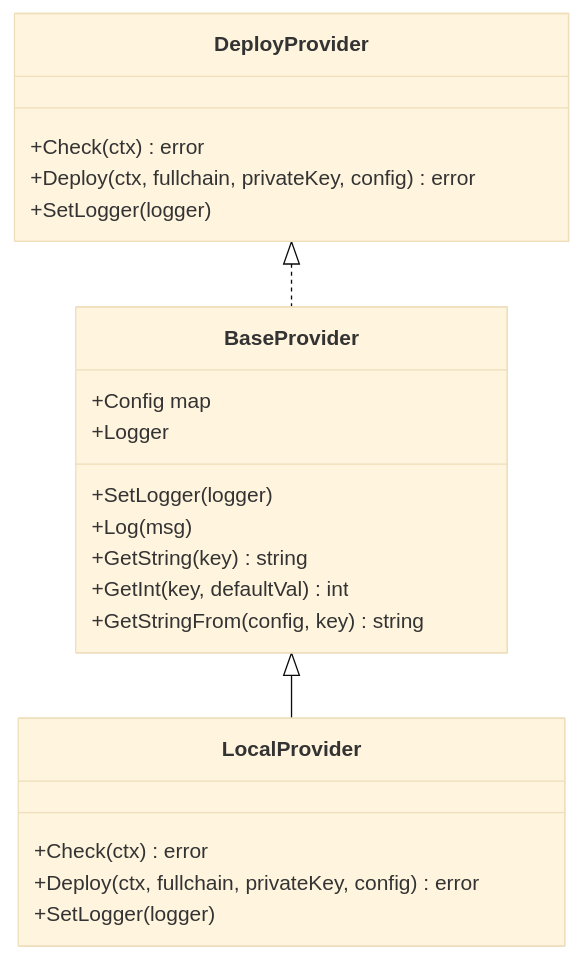
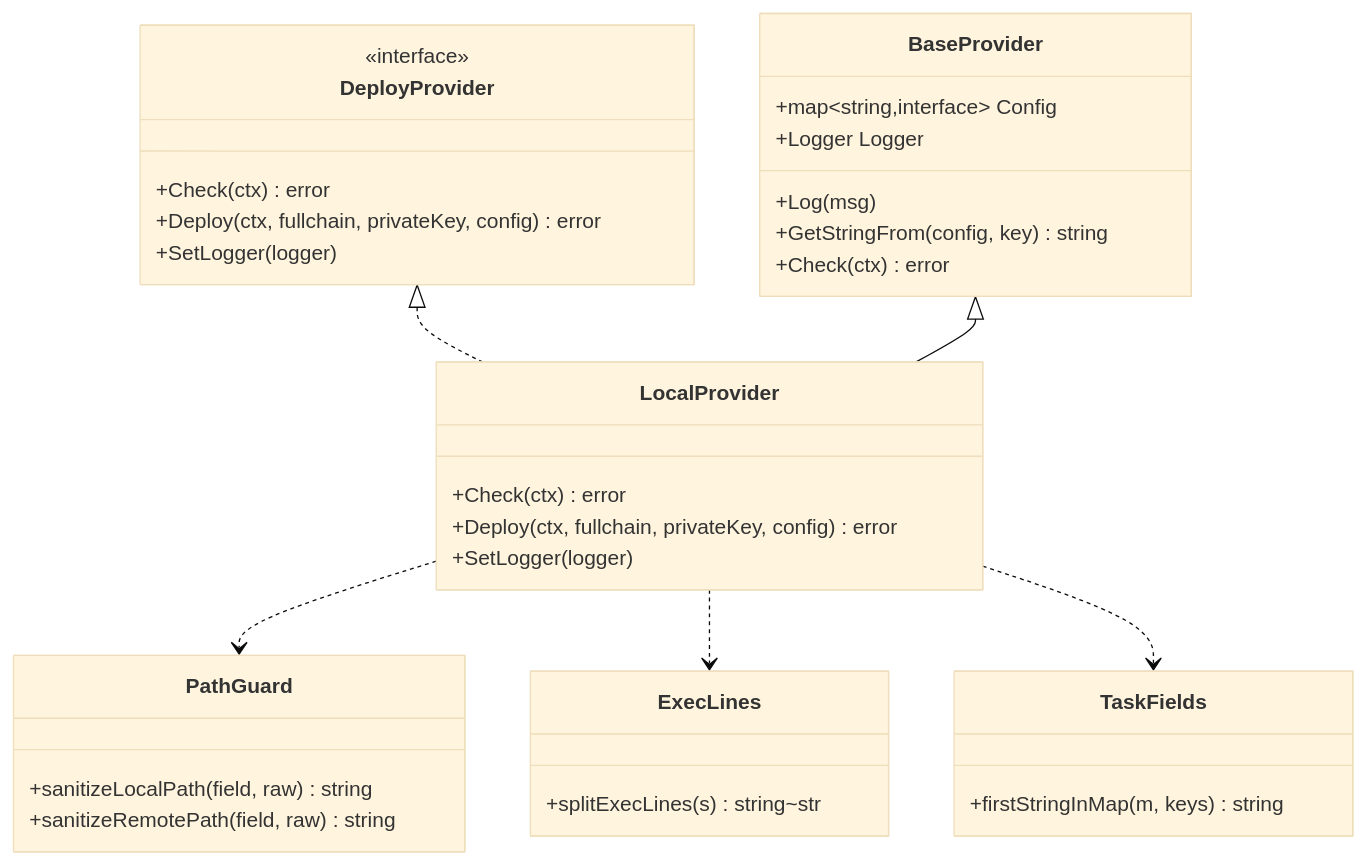
One commit to x01n/dnsplane changed the second of 6 diagrams in docs/证书管理功能/证书部署策略/本地文件部署.md. Above: the diagram before and after it, drawn with Mermaid (base theme). The commit also changed other lines of this file and 326 other files, not shown here.

````diff
--- a/docs/证书管理功能/证书部署策略/本地文件部署.md
+++ b/docs/证书管理功能/证书部署策略/本地文件部署.md
@@ -152,24 +161,36 @@
 ```mermaid
 classDiagram
-class DeployProvider {
-+Check(ctx) error
-+Deploy(ctx, fullchain, privateKey, config) error
-+SetLogger(logger)
-}
-class BaseProvider {
-+Config map
-+Logger
-+SetLogger(logger)
-+Log(msg)
-+GetString(key) string
-+GetInt(key, defaultVal) int
-+GetStringFrom(config, key) string
-}
-class LocalProvider {
-+Check(ctx) error
-+Deploy(ctx, fullchain, privateKey, config) error
-+SetLogger(logger)
-}
-DeployProvider <|.. BaseProvider
-BaseProvider <|-- LocalProvider
+  class DeployProvider {
+    <<interface>>
+    +Check(ctx) error
+    +Deploy(ctx, fullchain, privateKey, config) error
+    +SetLogger(logger)
+  }
+  class BaseProvider {
+    +map~string,interface~ Config
+    +Logger Logger
+    +Log(msg)
+    +GetStringFrom(config, key) string
+    +Check(ctx) error
+  }
+  class LocalProvider {
+    +Check(ctx) error
+    +Deploy(ctx, fullchain, privateKey, config) error
+    +SetLogger(logger)
+  }
+  class PathGuard {
+    +sanitizeLocalPath(field, raw) string
+    +sanitizeRemotePath(field, raw) string
+  }
+  class ExecLines {
+    +splitExecLines(s) string~str
+  }
+  class TaskFields {
+    +firstStringInMap(m, keys) string
+  }
+  DeployProvider <|.. LocalProvider
+  BaseProvider <|-- LocalProvider
+  LocalProvider ..> PathGuard
+  LocalProvider ..> ExecLines
+  LocalProvider ..> TaskFields
 ```
````
